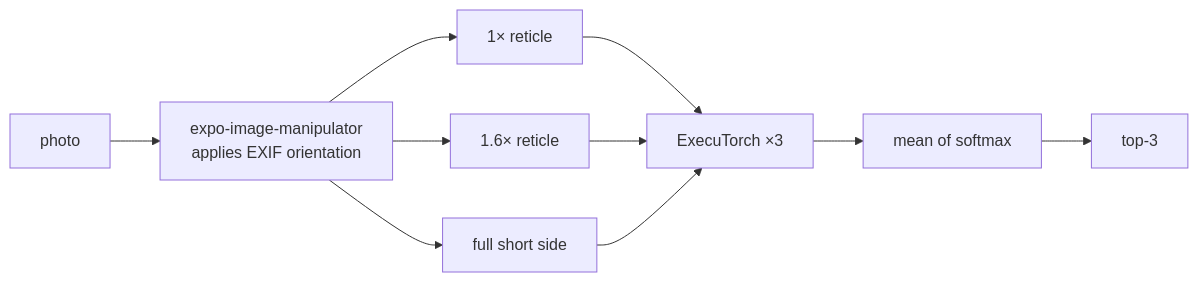
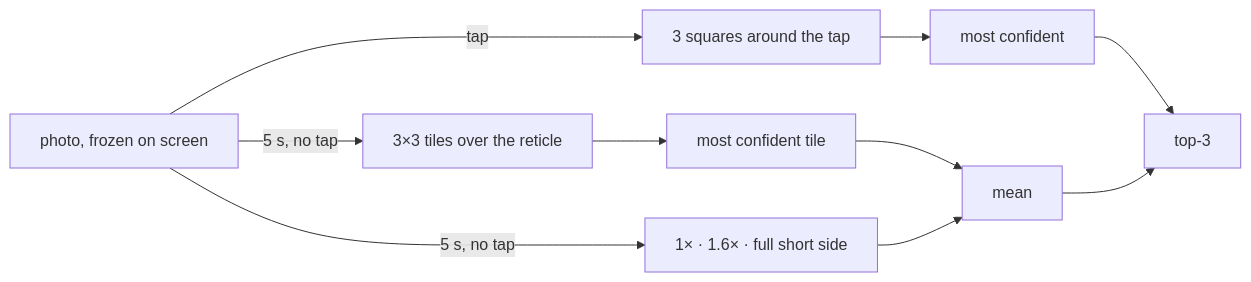
The diagram in docs/ml-roadmap.md (krzysztofradomski/critterboard), drawn with Mermaid before and after one commit. The commit also changed other lines of this file and 8 other files, not shown here.

````diff
--- a/docs/ml-roadmap.md
+++ b/docs/ml-roadmap.md
@@ -100,5 +100,7 @@
 ```mermaid
 flowchart LR
-  P[photo] --> M[expo-image-manipulator<br/>applies EXIF orientation] --> C1[1× reticle] & C2[1.6× reticle] & C3[full short side]
-  C1 & C2 & C3 --> X[ExecuTorch ×3] --> A[mean of softmax] --> R[top-3]
+  P[photo, frozen on screen] -->|tap| T[3 squares around the tap] --> B1[most confident] --> R[top-3]
+  P -->|5 s, no tap| G[3×3 tiles over the reticle] --> B2[most confident tile]
+  P -->|5 s, no tap| C[1× · 1.6× · full short side]
+  B2 & C --> A[mean] --> R
 ```
````
